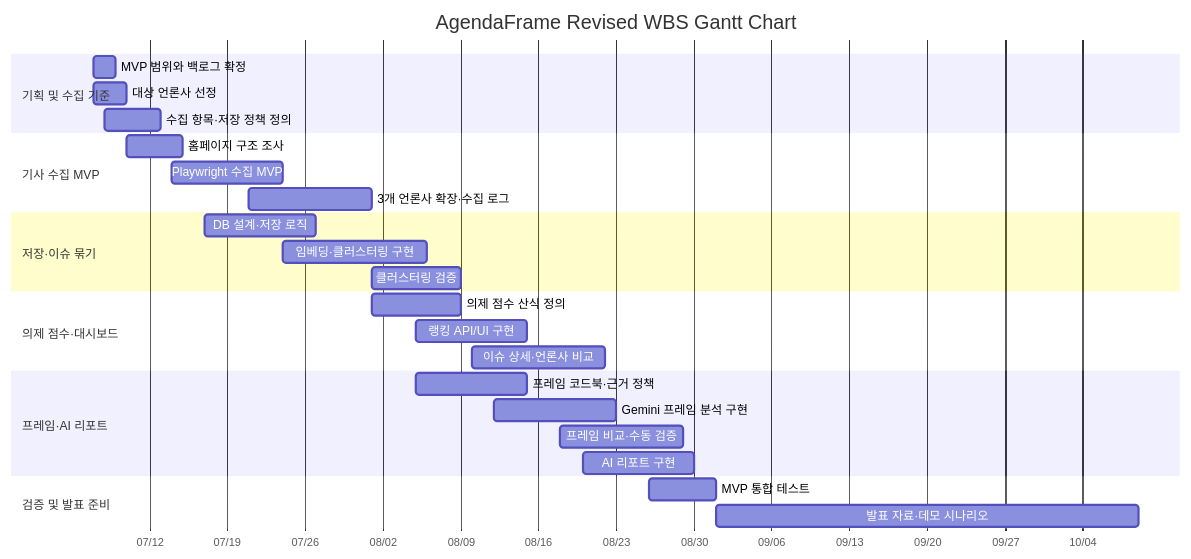
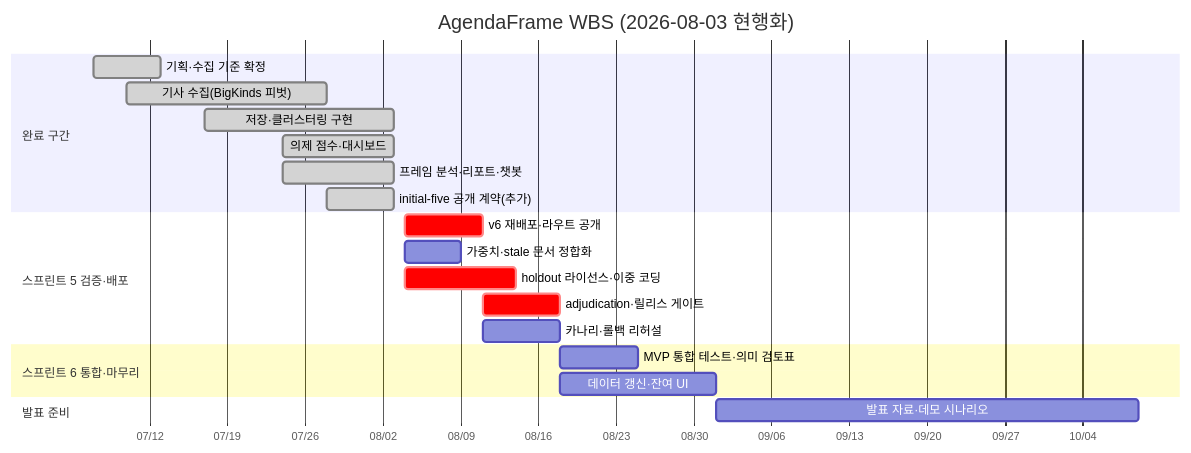
The diagram in docs/planning/wbs-gantt.md (kjh01072299206-png/AgendaFrame), drawn with Mermaid before and after one commit. The commit also changed other lines of this file and 6 other files, not shown here.

````diff
--- a/docs/planning/wbs-gantt.md
+++ b/docs/planning/wbs-gantt.md
@@ -56,36 +69,28 @@
 ```mermaid
 gantt
-    title AgendaFrame Revised WBS Gantt Chart
+    title AgendaFrame WBS (2026-08-03 현행화)
     dateFormat YYYY-MM-DD
     axisFormat %m/%d
 
-    section 기획 및 수집 기준
-    MVP 범위와 백로그 확정             :a1, 2026-07-07, 2d
-    대상 언론사 선정                   :a2, 2026-07-07, 3d
-    수집 항목·저장 정책 정의           :a3, 2026-07-08, 5d
+    section 완료 구간
+    기획·수집 기준 확정            :done, a1, 2026-07-07, 6d
+    기사 수집(BigKinds 피벗)       :done, b1, 2026-07-10, 18d
+    저장·클러스터링 구현           :done, c1, 2026-07-17, 17d
+    의제 점수·대시보드             :done, d1, 2026-07-24, 10d
+    프레임 분석·리포트·챗봇        :done, e1, 2026-07-24, 10d
+    initial-five 공개 계약(추가)   :done, e2, 2026-07-28, 6d
 
-    section 기사 수집 MVP
-    홈페이지 구조 조사                 :b1, 2026-07-10, 5d
-    Playwright 수집 MVP                :b2, 2026-07-14, 10d
-    3개 언론사 확장·수집 로그          :b3, 2026-07-21, 11d
+    section 스프린트 5 검증·배포
+    v6 재배포·라우트 공개          :crit, f1, 2026-08-04, 7d
+    가중치·stale 문서 정합화       :f2, 2026-08-04, 5d
+    holdout 라이선스·이중 코딩     :crit, f3, 2026-08-04, 10d
+    adjudication·릴리스 게이트     :crit, f4, 2026-08-11, 7d
+    카나리·롤백 리허설             :f5, 2026-08-11, 7d
 
-    section 저장·이슈 묶기
-    DB 설계·저장 로직                  :c1, 2026-07-17, 10d
-    임베딩·클러스터링 구현             :c2, 2026-07-24, 13d
-    클러스터링 검증                    :c3, 2026-08-01, 8d
+    section 스프린트 6 통합·마무리
+    MVP 통합 테스트·의미 검토표    :g1, 2026-08-18, 7d
+    데이터 갱신·잔여 UI            :g2, 2026-08-18, 14d
 
-    section 의제 점수·대시보드
-    의제 점수 산식 정의                :d1, 2026-08-01, 8d
-    랭킹 API/UI 구현                   :d2, 2026-08-05, 10d
-    이슈 상세·언론사 비교              :d3, 2026-08-10, 12d
-
-    section 프레임·AI 리포트
-    프레임 코드북·근거 정책            :e1, 2026-08-05, 10d
-    Gemini 프레임 분석 구현            :e2, 2026-08-12, 11d
-    프레임 비교·수동 검증              :e3, 2026-08-18, 11d
-    AI 리포트 구현                     :e4, 2026-08-20, 10d
-
-    section 검증 및 발표 준비
-    MVP 통합 테스트                    :f1, 2026-08-26, 6d
-    발표 자료·데모 시나리오            :f2, 2026-09-01, 38d
+    section 발표 준비
+    발표 자료·데모 시나리오        :h1, 2026-09-01, 38d
 ```
````
